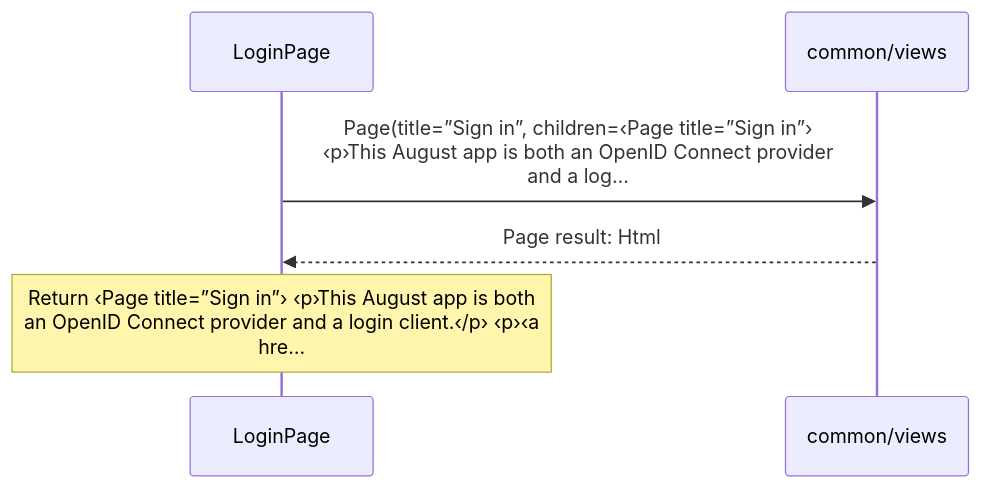
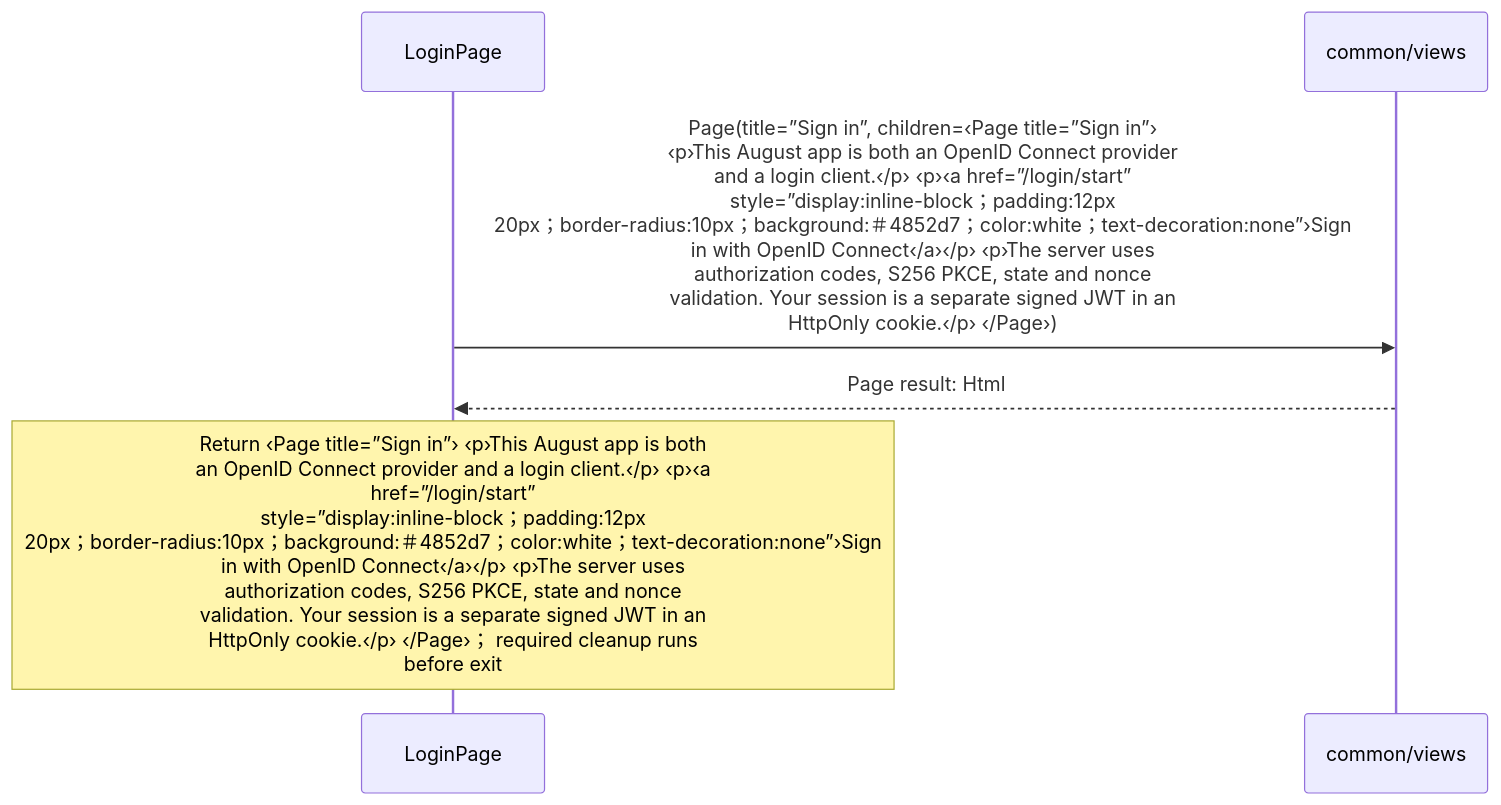
Before and after one commit to GreenPandaStudios/augscript: the first of 2 diagrams in docs/examples/oidc-login/client/views-diagrams.md, drawn with Mermaid. The commit also changed other lines of this file and 658 other files, not shown here.

````diff
--- a/docs/examples/oidc-login/client/views-diagrams.md
+++ b/docs/examples/oidc-login/client/views-diagrams.md
@@ -30,8 +30,8 @@
 ```mermaid
 sequenceDiagram
     participant p0 as LoginPage
     participant p1 as common/views
-    p0->>p1: Page(title=”Sign in”, children=‹Page title=”Sign in”›<br/>‹p›This August app is both an OpenID Connect provider<br/>and a log…
+    p0->>p1: Page(title=”Sign in”, children=‹Page title=”Sign in”›<br/>‹p›This August app is both an OpenID Connect provider<br/>and a login client.‹/p› ‹p›‹a href=”/login/start”<br/>style=”display:inline-block；padding:12px<br/>20px；border-radius:10px；background:＃4852d7；color:white；text-decoration:none”›Sign<br/>in with OpenID Connect‹/a›‹/p› ‹p›The server uses<br/>authorization codes, S256 PKCE, state and nonce<br/>validation. Your session is a separate signed JWT in an<br/>HttpOnly cookie.‹/p› ‹/Page›)
     p1-->>p0: Page result: Html
-    Note over p0: Return ‹Page title=”Sign in”› ‹p›This August app is both<br/>an OpenID Connect provider and a login client.‹/p› ‹p›‹a<br/>hre…
+    Note over p0: Return ‹Page title=”Sign in”› ‹p›This August app is both<br/>an OpenID Connect provider and a login client.‹/p› ‹p›‹a<br/>href=”/login/start”<br/>style=”display:inline-block；padding:12px<br/>20px；border-radius:10px；background:＃4852d7；color:white；text-decoration:none”›Sign<br/>in with OpenID Connect‹/a›‹/p› ‹p›The server uses<br/>authorization codes, S256 PKCE, state and nonce<br/>validation. Your session is a separate signed JWT in an<br/>HttpOnly cookie.‹/p› ‹/Page›； required cleanup runs<br/>before exit
 ```
````
